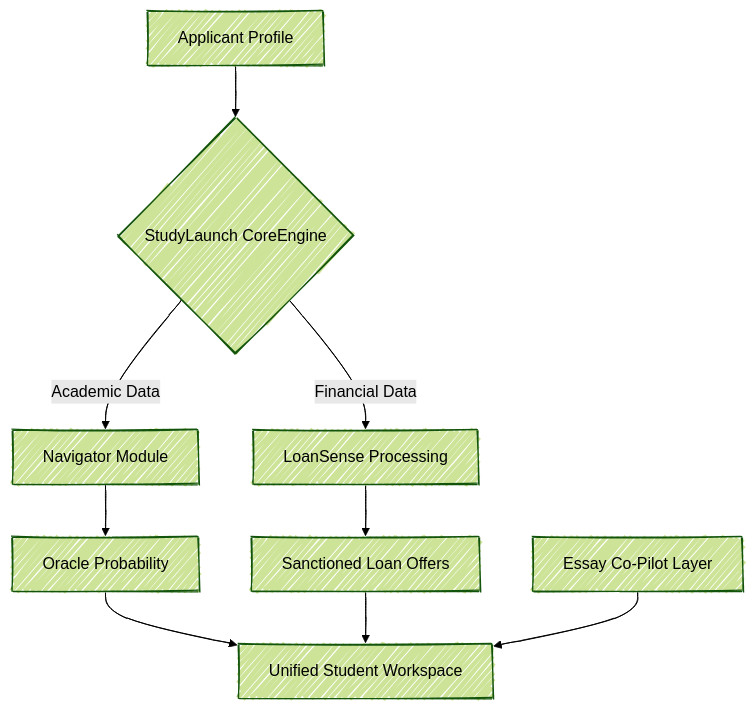
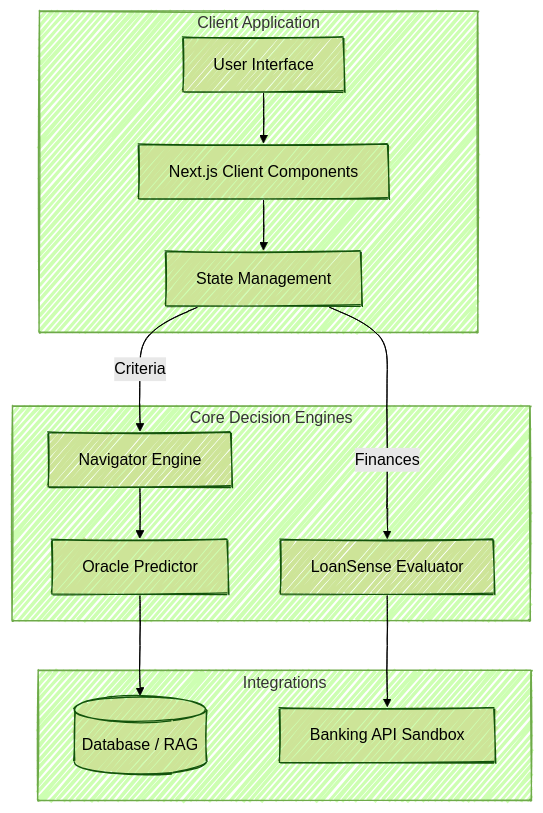
One commit to RudeHats/StudyLaunch changed the first of 2 diagrams in README.md. Above: the diagram before and after it, drawn with Mermaid. The commit also changed other lines of this file, not shown here.

Commit message:
docs: expand README with deeper feature docs and mermaid architecture

````diff
--- a/README.md
+++ b/README.md
@@ -23,12 +15,19 @@
 ```mermaid
 %%{init: {'theme': 'forest', 'look': 'handDrawn'}}%%
 flowchart TD
-    A[Applicant Profile] --> B{StudyLaunch CoreEngine}
-    B -->|Academic Data| C[Navigator Module]
-    B -->|Financial Data| D[LoanSense Processing]
-    C --> E[Oracle Probability]
-    D --> F[Sanctioned Loan Offers]
-    E --> G[Unified Student Workspace]
-    F --> G
-    H[Essay Co-Pilot Layer] --> G
+    subgraph Client Application
+    U[User Interface] --> N[Next.js Client Components]
+    N --> SM[State Management]
+    end
+    
+    subgraph Core Decision Engines
+    SM -->|Criteria| NV[Navigator Engine]
+    SM -->|Finances| LS[LoanSense Evaluator]
+    NV --> OR[Oracle Predictor]
+    end
+    
+    subgraph Integrations
+    OR --> DB[(Database / RAG)]
+    LS --> API[Banking API Sandbox]
+    end
 ```
````
